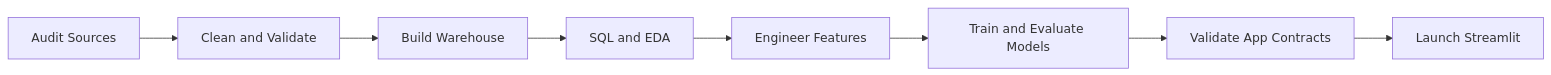
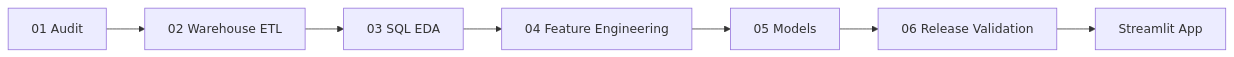
The third of 3 diagrams in README.md (suhani-chauhan56/Customer-360-Intelligence-Platform), drawn with Mermaid before and after one commit. The commit also changed other lines of this file and 20 other files, not shown here.

Commit message:
feat: initialize project structure with ML modeling pipelines, ETL notebooks, and Streamlit application

````diff
--- a/README.md
+++ b/README.md
@@ -141,10 +262,9 @@
 ```mermaid
 flowchart LR
-    A[Audit Sources] --> B[Clean and Validate]
-    B --> C[Build Warehouse]
-    C --> D[SQL and EDA]
-    D --> E[Engineer Features]
-    E --> F[Train and Evaluate Models]
-    F --> G[Validate App Contracts]
-    G --> H[Launch Streamlit]
+    A[01 Audit] --> B[02 Warehouse ETL]
+    B --> C[03 SQL EDA]
+    C --> D[04 Feature Engineering]
+    D --> E[05 Models]
+    E --> F[06 Release Validation]
+    F --> G[Streamlit App]
 ```
````
